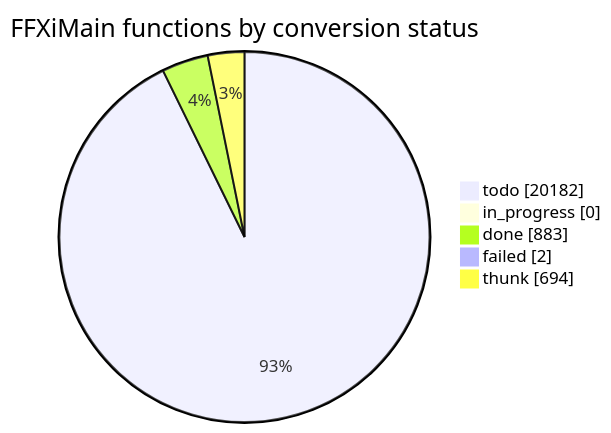
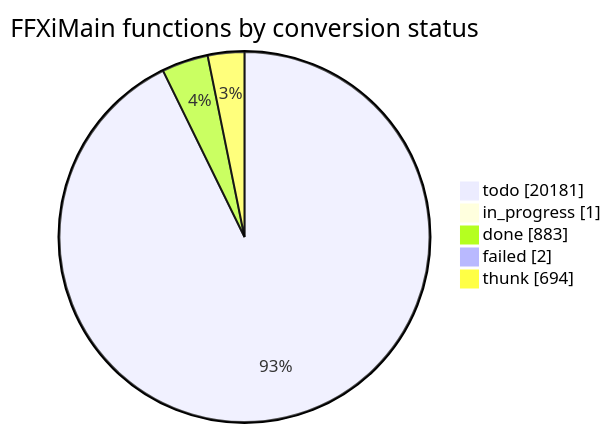
Before and after one commit to cowrevenge/cow_kuluu_xi_anything: the diagram in docs/cow/STATUS.md, drawn with Mermaid. The commit also changed other lines of this file and 7 other files, not shown here.

````diff
--- a/docs/cow/STATUS.md
+++ b/docs/cow/STATUS.md
@@ -18,9 +18,9 @@
 ```mermaid
 pie showData
     title FFXiMain functions by conversion status
-    "todo" : 20182
-    "in_progress" : 0
+    "todo" : 20181
+    "in_progress" : 1
     "done" : 883
     "failed" : 2
     "thunk" : 694
 ```
````
